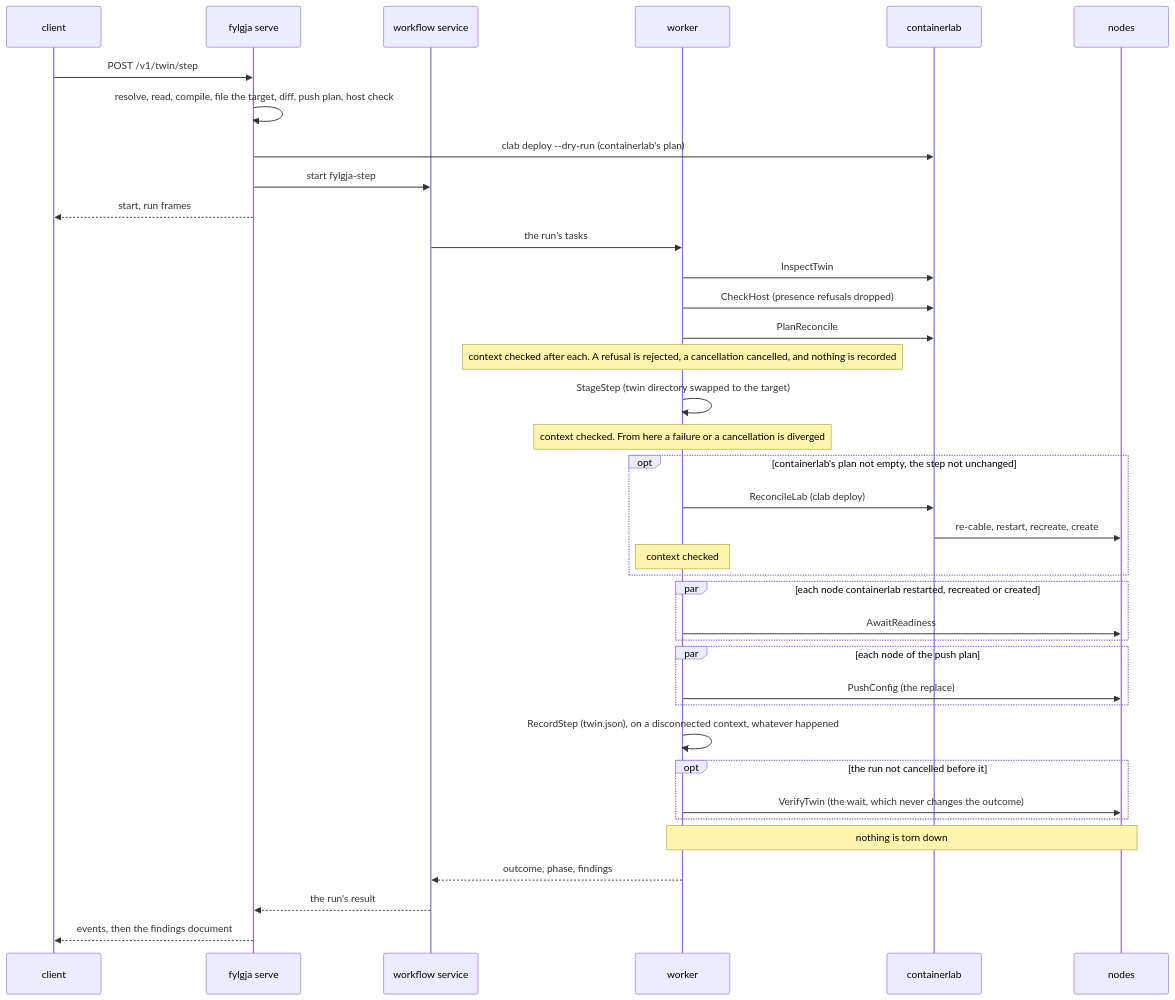
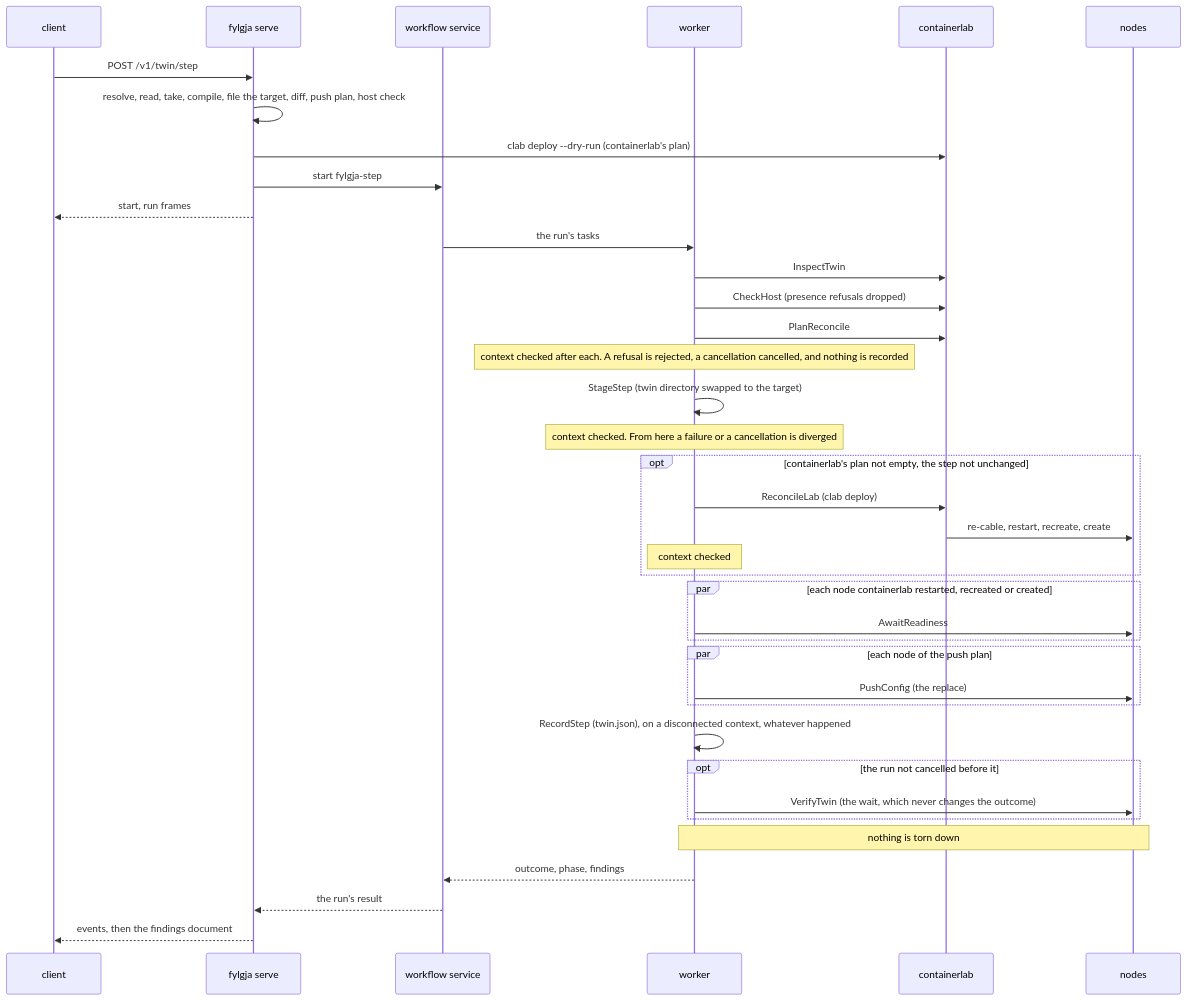
Before and after one commit to happypathnetworking/fylgja: the fourth of 5 diagrams in docs/architecture.md, drawn with Mermaid. The commit also changed other lines of this file and 6 other files, not shown here.

First line of the commit message:
docs: architecture, glossary, development, the brief and the README say what 018 built

````diff
--- a/docs/architecture.md
+++ b/docs/architecture.md
@@ -830,40 +883,40 @@
 ```mermaid
 sequenceDiagram
     participant C as client
     participant S as fylgja serve
     participant T as workflow service
     participant W as worker
     participant L as containerlab
     participant N as nodes
     C->>S: POST /v1/twin/step
-    S->>S: resolve, read, compile, file the target, diff, push plan, host check
+    S->>S: resolve, read, take, compile, file the target, diff, push plan, host check
     S->>L: clab deploy --dry-run (containerlab's plan)
     S->>T: start fylgja-step
     S-->>C: start, run frames
     T->>W: the run's tasks
     W->>L: InspectTwin
     W->>L: CheckHost (presence refusals dropped)
     W->>L: PlanReconcile
     Note over W: context checked after each. A refusal is rejected, a cancellation cancelled, and nothing is recorded
     W->>W: StageStep (twin directory swapped to the target)
     Note over W: context checked. From here a failure or a cancellation is diverged
     opt containerlab's plan not empty, the step not unchanged
         W->>L: ReconcileLab (clab deploy)
         L->>N: re-cable, restart, recreate, create
         Note over W: context checked
     end
     par each node containerlab restarted, recreated or created
         W->>N: AwaitReadiness
     end
     par each node of the push plan
         W->>N: PushConfig (the replace)
     end
     W->>W: RecordStep (twin.json), on a disconnected context, whatever happened
     opt the run not cancelled before it
         W->>N: VerifyTwin (the wait, which never changes the outcome)
     end
     Note over W,N: nothing is torn down
     W-->>T: outcome, phase, findings
     T-->>S: the run's result
     S-->>C: events, then the findings document
 ```
````
